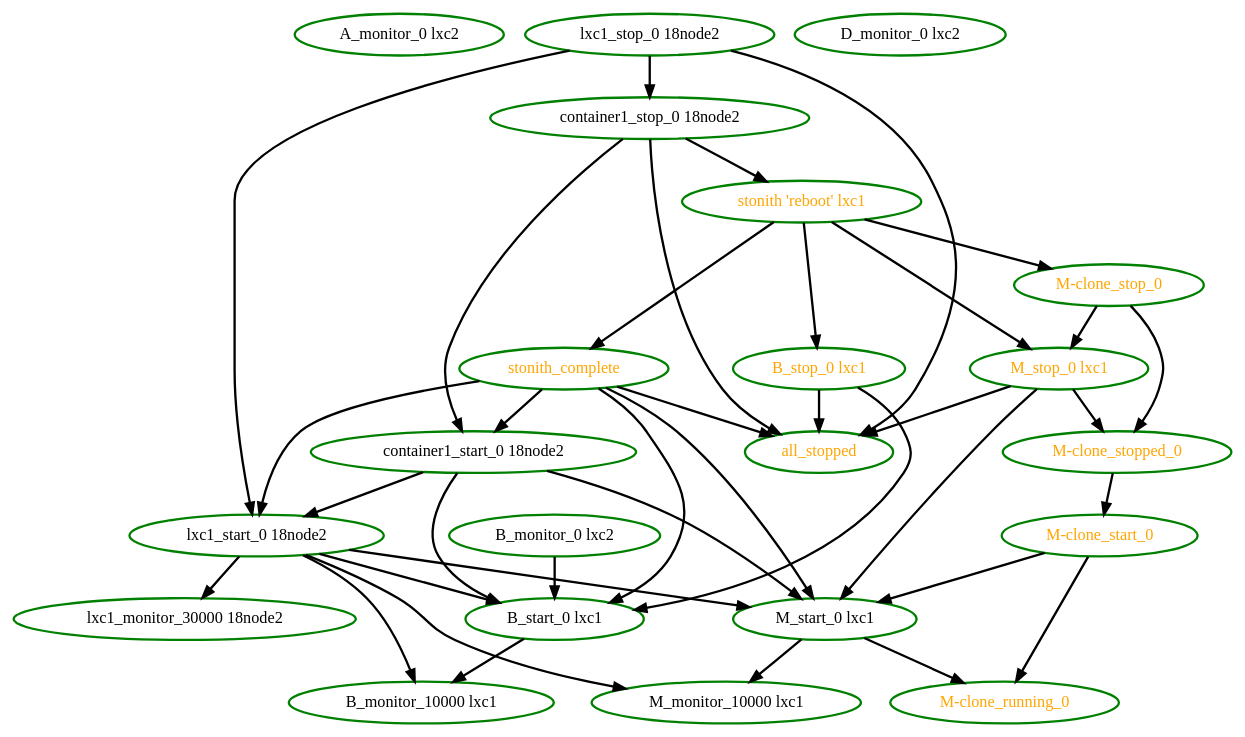
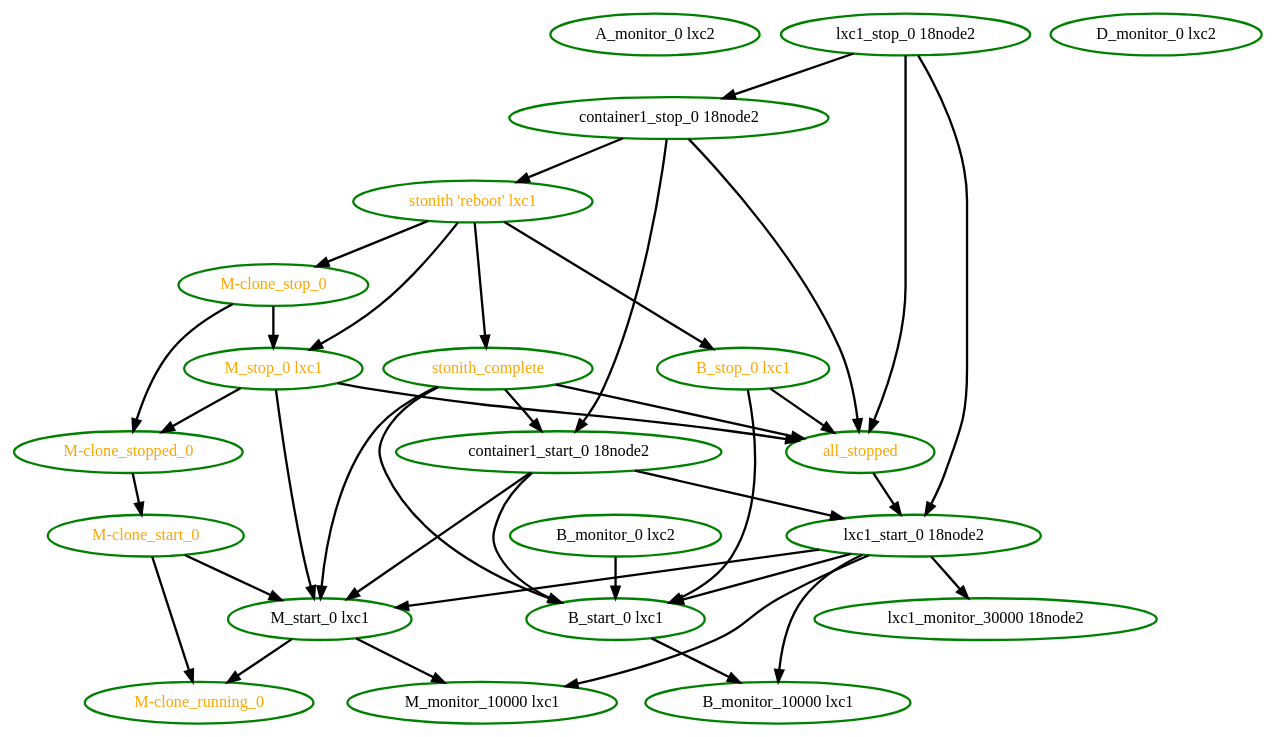
One commit to ClusterLabs/pacemaker changed the diagram in pengine/test10/whitebox-fail1.dot. Above: the diagram before and after it, drawn with Graphviz. The commit also changed 47 other files, not shown here.

```diff
--- a/pengine/test10/whitebox-fail1.dot
+++ b/pengine/test10/whitebox-fail1.dot
@@ -1,60 +1,60 @@
 digraph "g" {
 "A_monitor_0 lxc2" [ style=bold color="green" fontcolor="black"]
 "B_monitor_0 lxc2" -> "B_start_0 lxc1" [ style = bold]
 "B_monitor_0 lxc2" [ style=bold color="green" fontcolor="black"]
 "B_monitor_10000 lxc1" [ style=bold color="green" fontcolor="black"]
 "B_start_0 lxc1" -> "B_monitor_10000 lxc1" [ style = bold]
 "B_start_0 lxc1" [ style=bold color="green" fontcolor="black"]
 "B_stop_0 lxc1" -> "B_start_0 lxc1" [ style = bold]
 "B_stop_0 lxc1" -> "all_stopped" [ style = bold]
 "B_stop_0 lxc1" [ style=bold color="green" fontcolor="orange"]
 "D_monitor_0 lxc2" [ style=bold color="green" fontcolor="black"]
 "M-clone_running_0" [ style=bold color="green" fontcolor="orange"]
 "M-clone_start_0" -> "M-clone_running_0" [ style = bold]
 "M-clone_start_0" -> "M_start_0 lxc1" [ style = bold]
 "M-clone_start_0" [ style=bold color="green" fontcolor="orange"]
 "M-clone_stop_0" -> "M-clone_stopped_0" [ style = bold]
 "M-clone_stop_0" -> "M_stop_0 lxc1" [ style = bold]
 "M-clone_stop_0" [ style=bold color="green" fontcolor="orange"]
 "M-clone_stopped_0" -> "M-clone_start_0" [ style = bold]
 "M-clone_stopped_0" [ style=bold color="green" fontcolor="orange"]
 "M_monitor_10000 lxc1" [ style=bold color="green" fontcolor="black"]
 "M_start_0 lxc1" -> "M-clone_running_0" [ style = bold]
 "M_start_0 lxc1" -> "M_monitor_10000 lxc1" [ style = bold]
 "M_start_0 lxc1" [ style=bold color="green" fontcolor="black"]
 "M_stop_0 lxc1" -> "M-clone_stopped_0" [ style = bold]
 "M_stop_0 lxc1" -> "M_start_0 lxc1" [ style = bold]
 "M_stop_0 lxc1" -> "all_stopped" [ style = bold]
 "M_stop_0 lxc1" [ style=bold color="green" fontcolor="orange"]
+"all_stopped" -> "lxc1_start_0 18node2" [ style = bold]
 "all_stopped" [ style=bold color="green" fontcolor="orange"]
 "container1_start_0 18node2" -> "B_start_0 lxc1" [ style = bold]
 "container1_start_0 18node2" -> "M_start_0 lxc1" [ style = bold]
 "container1_start_0 18node2" -> "lxc1_start_0 18node2" [ style = bold]
 "container1_start_0 18node2" [ style=bold color="green" fontcolor="black"]
 "container1_stop_0 18node2" -> "all_stopped" [ style = bold]
 "container1_stop_0 18node2" -> "container1_start_0 18node2" [ style = bold]
 "container1_stop_0 18node2" -> "stonith 'reboot' lxc1" [ style = bold]
 "container1_stop_0 18node2" [ style=bold color="green" fontcolor="black"]
 "lxc1_monitor_30000 18node2" [ style=bold color="green" fontcolor="black"]
 "lxc1_start_0 18node2" -> "B_monitor_10000 lxc1" [ style = bold]
 "lxc1_start_0 18node2" -> "B_start_0 lxc1" [ style = bold]
 "lxc1_start_0 18node2" -> "M_monitor_10000 lxc1" [ style = bold]
 "lxc1_start_0 18node2" -> "M_start_0 lxc1" [ style = bold]
 "lxc1_start_0 18node2" -> "lxc1_monitor_30000 18node2" [ style = bold]
 "lxc1_start_0 18node2" [ style=bold color="green" fontcolor="black"]
 "lxc1_stop_0 18node2" -> "all_stopped" [ style = bold]
 "lxc1_stop_0 18node2" -> "container1_stop_0 18node2" [ style = bold]
 "lxc1_stop_0 18node2" -> "lxc1_start_0 18node2" [ style = bold]
 "lxc1_stop_0 18node2" [ style=bold color="green" fontcolor="black"]
 "stonith 'reboot' lxc1" -> "B_stop_0 lxc1" [ style = bold]
 "stonith 'reboot' lxc1" -> "M-clone_stop_0" [ style = bold]
 "stonith 'reboot' lxc1" -> "M_stop_0 lxc1" [ style = bold]
 "stonith 'reboot' lxc1" -> "stonith_complete" [ style = bold]
 "stonith 'reboot' lxc1" [ style=bold color="green" fontcolor="orange"]
 "stonith_complete" -> "B_start_0 lxc1" [ style = bold]
 "stonith_complete" -> "M_start_0 lxc1" [ style = bold]
 "stonith_complete" -> "all_stopped" [ style = bold]
 "stonith_complete" -> "container1_start_0 18node2" [ style = bold]
-"stonith_complete" -> "lxc1_start_0 18node2" [ style = bold]
 "stonith_complete" [ style=bold color="green" fontcolor="orange"]
 }
```
